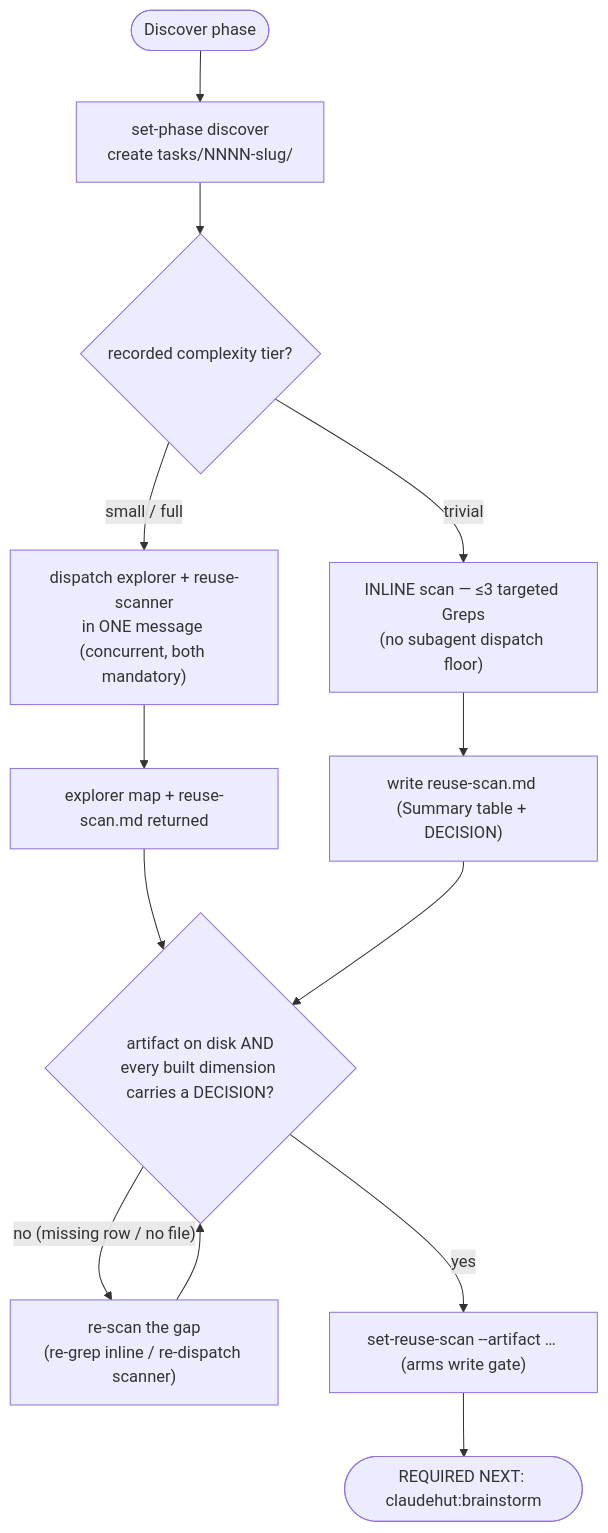
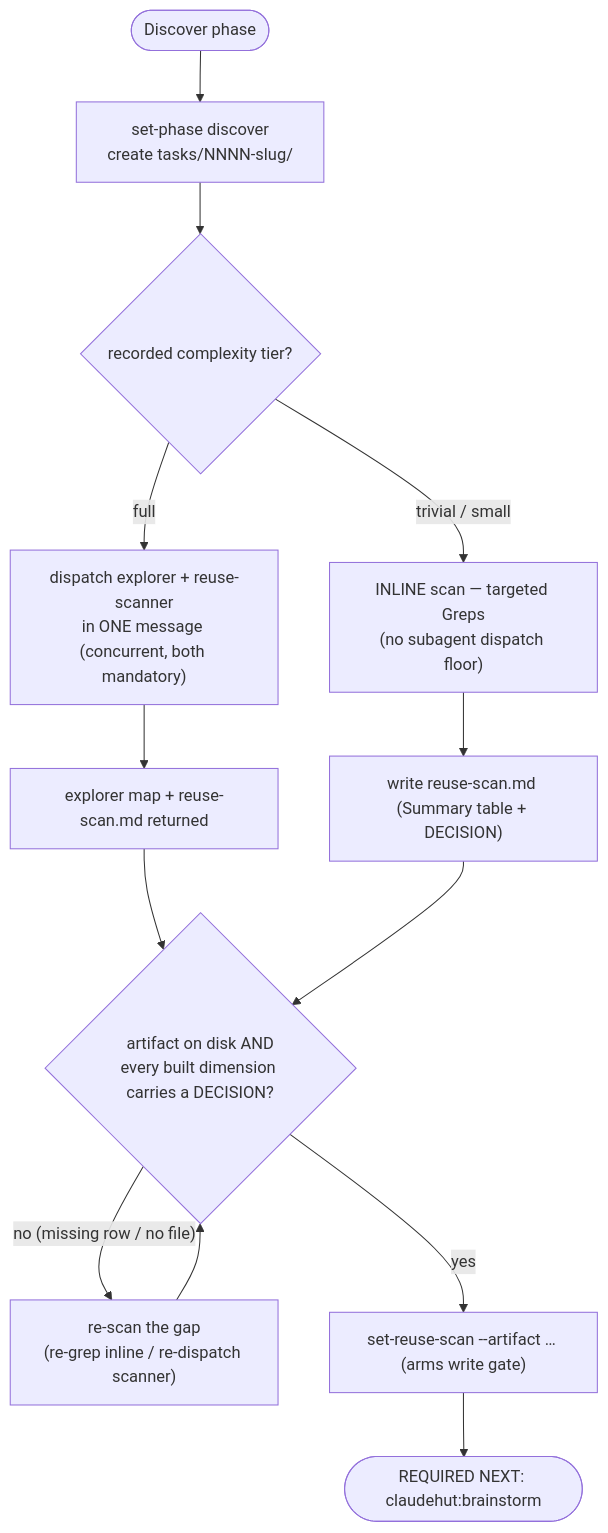
Before and after one commit to taipt1504/claudehut: the diagram in skills/discover/SKILL.md, drawn with Mermaid. The commit also changed other lines of this file and 7 other files, not shown here.

````diff
--- a/skills/discover/SKILL.md
+++ b/skills/discover/SKILL.md
@@ -44,15 +44,15 @@
 ```mermaid
 flowchart TB
     start([Discover phase]) --> ph["set-phase discover<br/>create tasks/NNNN-slug/"]
     ph --> tier{"recorded complexity tier?"}
-    tier -- "trivial" --> inl["INLINE scan — ≤3 targeted Greps<br/>(no subagent dispatch floor)"]
-    tier -- "small / full" --> fan["dispatch explorer + reuse-scanner<br/>in ONE message (concurrent, both mandatory)"]
+    tier -- "trivial / small" --> inl["INLINE scan — targeted Greps<br/>(no subagent dispatch floor)"]
+    tier -- "full" --> fan["dispatch explorer + reuse-scanner<br/>in ONE message (concurrent, both mandatory)"]
     fan --> join["explorer map + reuse-scan.md returned"]
     inl --> wr["write reuse-scan.md (Summary table + DECISION)"]
     join --> grd{"artifact on disk AND<br/>every built dimension carries a DECISION?"}
     wr --> grd
     grd -- "no (missing row / no file)" --> rescan["re-scan the gap<br/>(re-grep inline / re-dispatch scanner)"]
     rescan --> grd
     grd -- "yes" --> rec["set-reuse-scan --artifact … (arms write gate)"]
     rec --> done([REQUIRED NEXT: claudehut:brainstorm])
 ```
````
